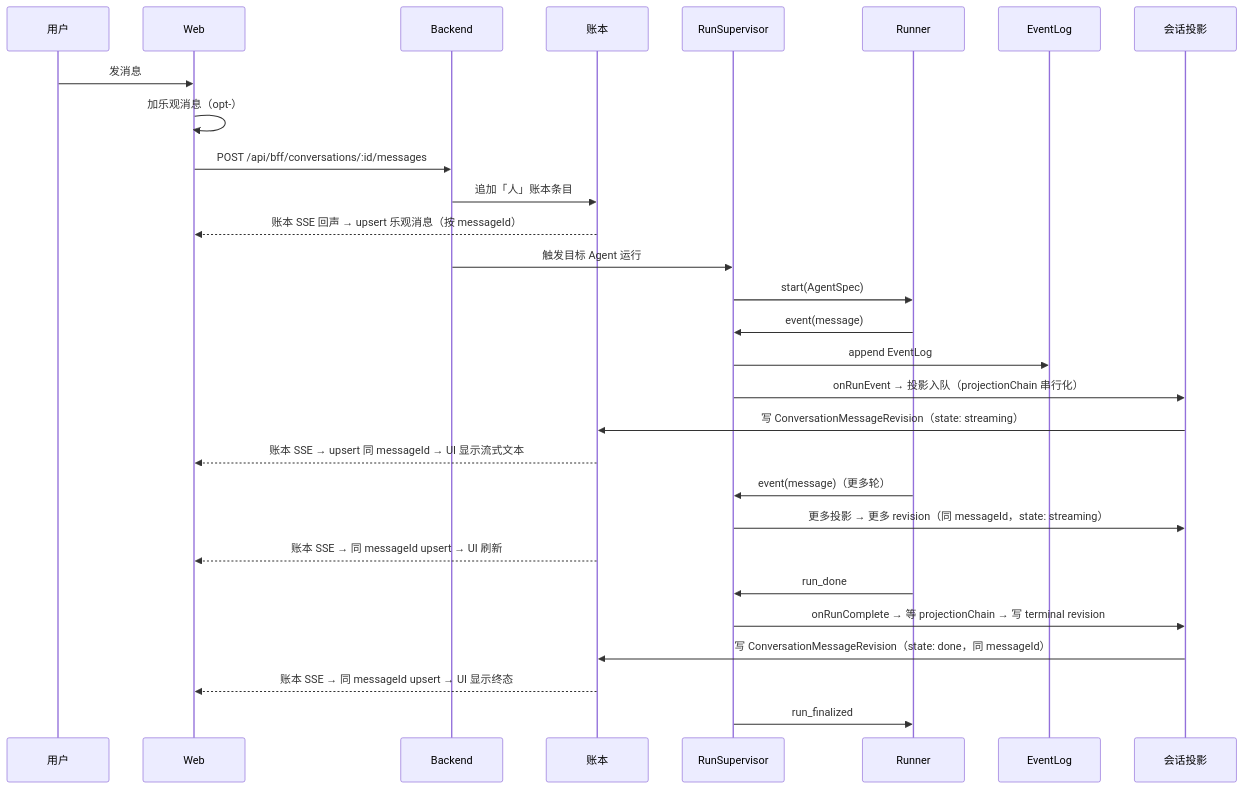
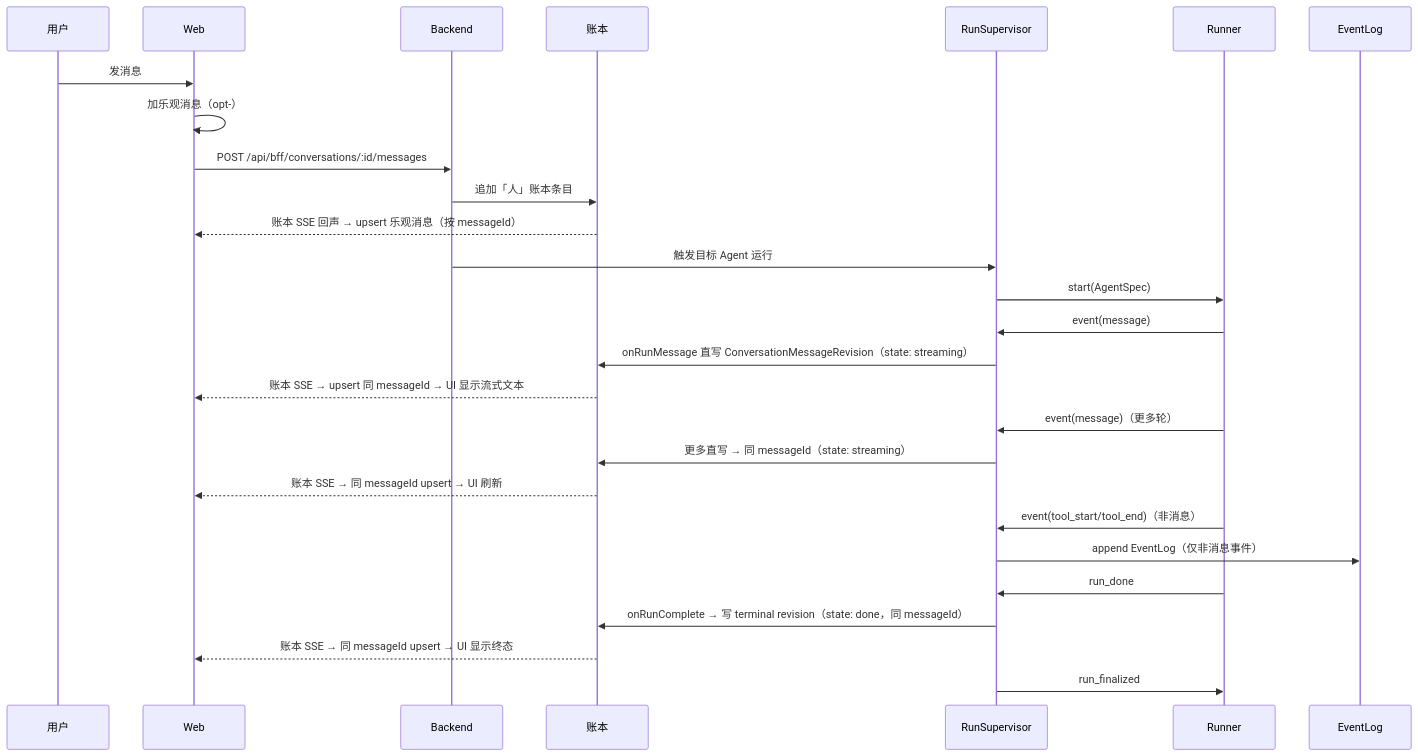
One commit to Chengchcc/my-agent-team changed the diagram in docs/architecture/flows/e2e-web-message.md. Above: the diagram before and after it, drawn with Mermaid. The commit also changed other lines of this file and 21 other files, not shown here.

First line of the commit message:
docs(docs): sync arch wiki to onRunMessage model, add Issue/Orchestrator pages

````diff
--- a/docs/architecture/flows/e2e-web-message.md
+++ b/docs/architecture/flows/e2e-web-message.md
@@ -21,32 +21,30 @@
 ```mermaid
 sequenceDiagram
   participant U as 用户
   participant W as Web
   participant B as Backend
   participant L as 账本
   participant S as RunSupervisor
   participant D as Runner
   participant E as EventLog
-  participant P as 会话投影
 
   U->>W: 发消息
   W->>W: 加乐观消息（opt-）
   W->>B: POST /api/bff/conversations/:id/messages
   B->>L: 追加「人」账本条目
   L-->>W: 账本 SSE 回声 → upsert 乐观消息（按 messageId）
   B->>S: 触发目标 Agent 运行
   S->>D: start(AgentSpec)
   D->>S: event(message)
-  S->>E: append EventLog
-  S->>P: onRunEvent → 投影入队（projectionChain 串行化）
-  P->>L: 写 ConversationMessageRevision（state: streaming）
+  S->>L: onRunMessage 直写 ConversationMessageRevision（state: streaming）
   L-->>W: 账本 SSE → upsert 同 messageId → UI 显示流式文本
   D->>S: event(message)（更多轮）
-  S->>P: 更多投影 → 更多 revision（同 messageId，state: streaming）
+  S->>L: 更多直写 → 同 messageId（state: streaming）
   L-->>W: 账本 SSE → 同 messageId upsert → UI 刷新
+  D->>S: event(tool_start/tool_end)（非消息）
+  S->>E: append EventLog（仅非消息事件）
   D->>S: run_done
-  S->>P: onRunComplete → 等 projectionChain → 写 terminal revision
-  P->>L: 写 ConversationMessageRevision（state: done，同 messageId）
+  S->>L: onRunComplete → 写 terminal revision（state: done，同 messageId）
   L-->>W: 账本 SSE → 同 messageId upsert → UI 显示终态
   S->>D: run_finalized
 ```
````
